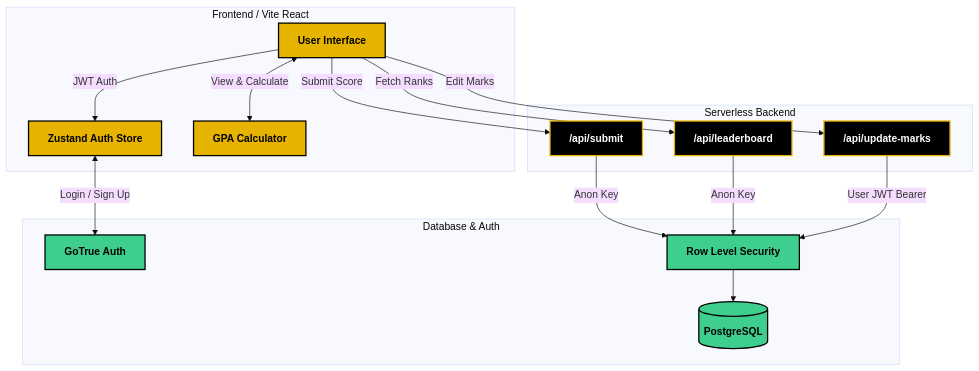
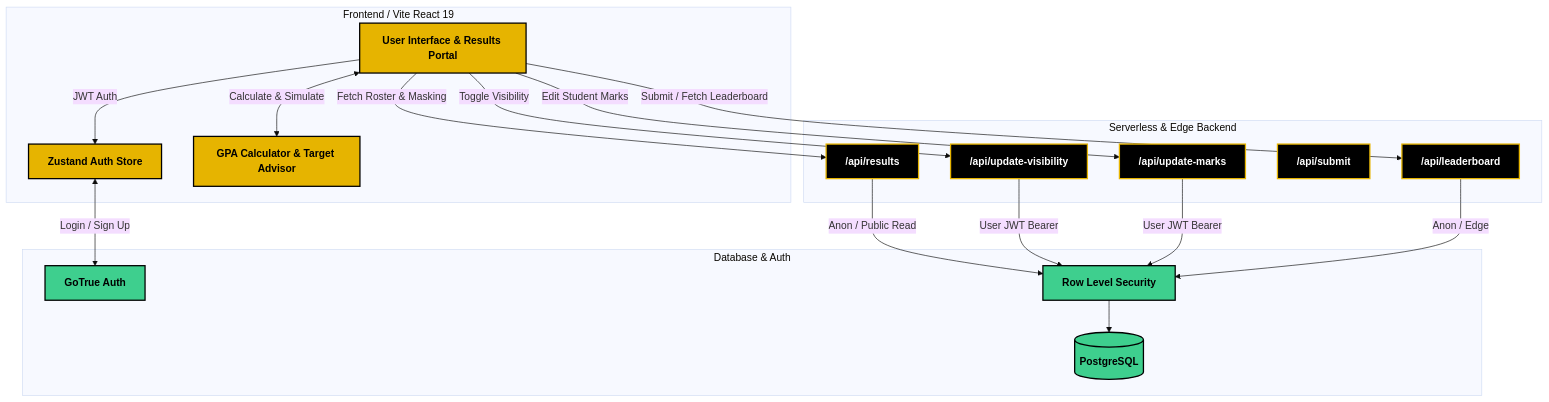
Before and after one commit to Asad101001/ubit-gpa-calculator: the first of 2 diagrams in README.md, drawn with Mermaid (base theme). The commit also changed other lines of this file and 10 other files, not shown here.

````diff
--- a/README.md
+++ b/README.md
@@ -39,43 +42,47 @@
 ```mermaid
 graph TD
     %% Styling
     classDef frontend fill:#E6B400,stroke:#000,stroke-width:2px,color:#000,font-weight:bold
     classDef edge fill:#000,stroke:#E6B400,stroke-width:2px,color:#fff,font-weight:bold
     classDef db fill:#3ECF8E,stroke:#000,stroke-width:2px,color:#000,font-weight:bold
     
-    subgraph Client [Frontend / Vite React]
-        UI[User Interface]
+    subgraph Client [Frontend / Vite React 19]
+        UI[User Interface & Results Portal]
         AuthStore[Zustand Auth Store]
-        Calc[GPA Calculator]
+        Calc[GPA Calculator & Target Advisor]
     end
 
-    subgraph Vercel [Serverless Backend]
+    subgraph Vercel [Serverless & Edge Backend]
+        API_Results["/api/results"]
+        API_Visibility["/api/update-visibility"]
+        API_Marks["/api/update-marks"]
         API_Submit["/api/submit"]
         API_Leader["/api/leaderboard"]
-        API_Update["/api/update-marks"]
     end
 
     subgraph Supabase [Database & Auth]
         Auth[GoTrue Auth]
         RLS[Row Level Security]
         DB[(PostgreSQL)]
     end
 
     UI -->|JWT Auth| AuthStore
     AuthStore <-->|Login / Sign Up| Auth
-    UI <-->|View & Calculate| Calc
+    UI <-->|Calculate & Simulate| Calc
     
-    UI -->|Submit Score| API_Submit
-    UI -->|Fetch Ranks| API_Leader
-    UI -->|Edit Marks| API_Update
+    UI -->|Fetch Roster & Masking| API_Results
+    UI -->|Toggle Visibility| API_Visibility
+    UI -->|Edit Student Marks| API_Marks
+    UI -->|Submit / Fetch Leaderboard| API_Leader
     
-    API_Submit -->|Anon Key| RLS
-    API_Leader -->|Anon Key| RLS
-    API_Update -->|User JWT Bearer| RLS
+    API_Results -->|Anon / Public Read| RLS
+    API_Visibility -->|User JWT Bearer| RLS
+    API_Marks -->|User JWT Bearer| RLS
+    API_Leader -->|Anon / Edge| RLS
     
     RLS --> DB
 
     class UI,AuthStore,Calc frontend
-    class API_Submit,API_Leader,API_Update edge
+    class API_Results,API_Visibility,API_Marks,API_Submit,API_Leader edge
     class Auth,RLS,DB db
 ```
````
